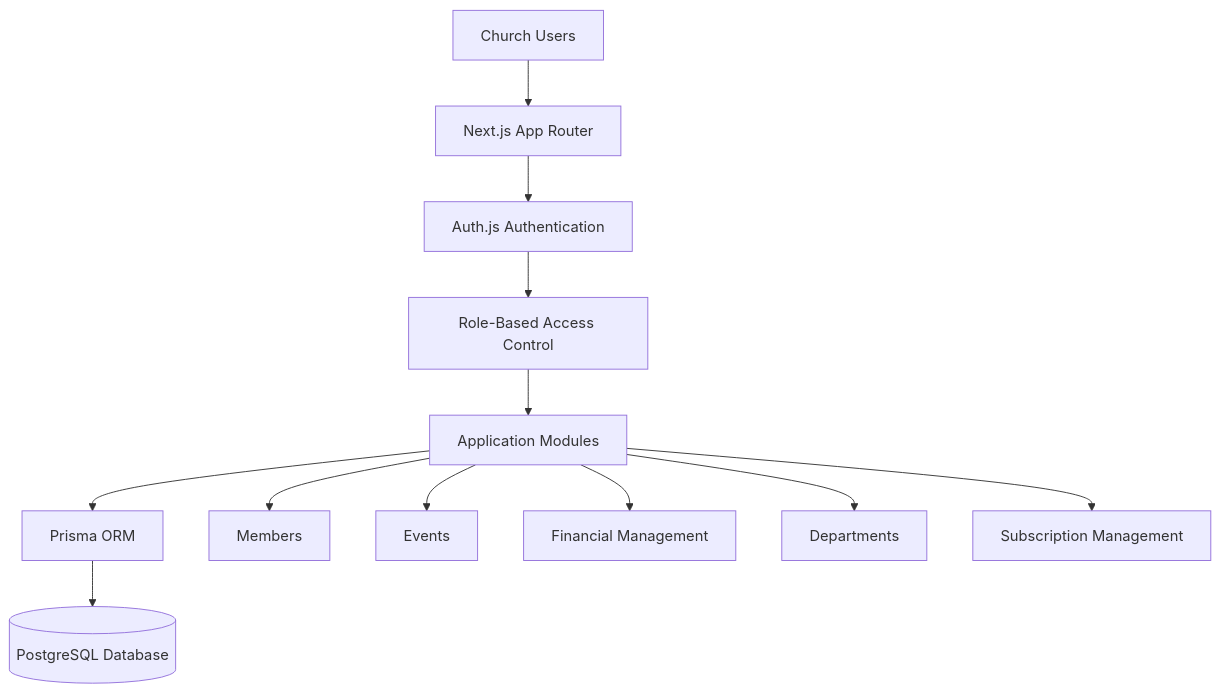
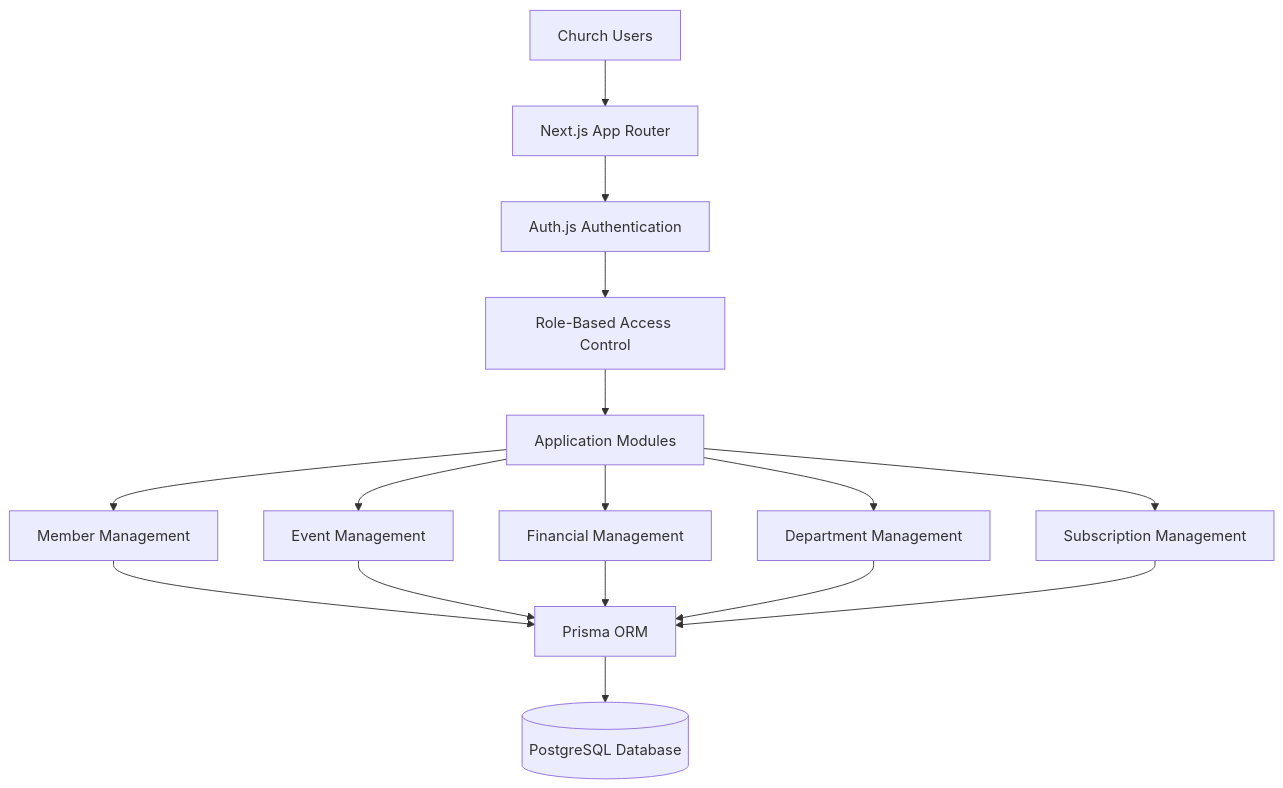
The diagram in README.md (macuzulodomingos/gestao-igreja-saas), drawn with Mermaid before and after one commit. The commit also changed other lines of this file, not shown here.

````diff
--- a/README.md
+++ b/README.md
@@ -95,15 +112,21 @@
 ```mermaid
 flowchart TD
     A[Church Users] --> B[Next.js App Router]
     B --> C[Auth.js Authentication]
     C --> D[Role-Based Access Control]
     D --> E[Application Modules]
-    E --> F[Prisma ORM]
-    F --> G[(PostgreSQL Database)]
 
-    E --> H[Members]
-    E --> I[Events]
-    E --> J[Financial Management]
-    E --> K[Departments]
-    E --> L[Subscription Management]
+    E --> F[Member Management]
+    E --> G[Event Management]
+    E --> H[Financial Management]
+    E --> I[Department Management]
+    E --> J[Subscription Management]
+
+    F --> K[Prisma ORM]
+    G --> K
+    H --> K
+    I --> K
+    J --> K
+
+    K --> L[(PostgreSQL Database)]
 ```
````
